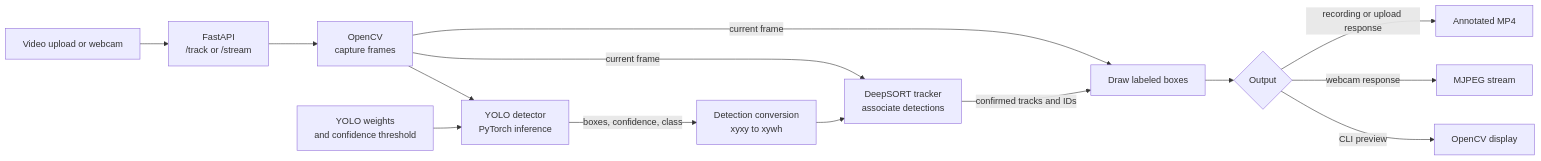
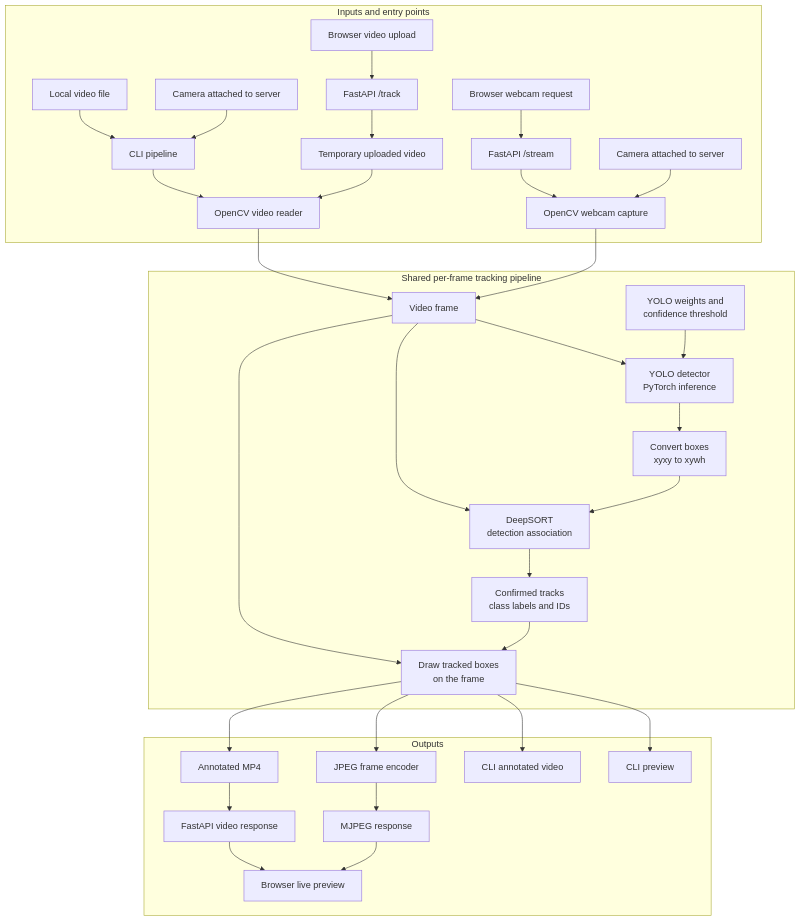
Before and after one commit to rallwins/obj_tracking: the diagram in README.md, drawn with Mermaid. The commit also changed other lines of this file, not shown here.

Commit message:
Correct README architecture diagram

````diff
--- a/README.md
+++ b/README.md
@@ -17,16 +17,38 @@
 ```mermaid
-flowchart LR
-    A["Video upload or webcam"] --> S["FastAPI<br/>/track or /stream"]
-    S --> B["OpenCV<br/>capture frames"]
-    B --> C["YOLO detector<br/>PyTorch inference"]
-    W["YOLO weights<br/>and confidence threshold"] --> C
-    C -->|boxes, confidence, class| D["Detection conversion<br/>xyxy to xywh"]
-    D --> E["DeepSORT tracker<br/>associate detections"]
-    B -->|current frame| E
-    E -->|confirmed tracks and IDs| F["Draw labeled boxes"]
-    B -->|current frame| F
-    F --> G{"Output"}
-    G -->|CLI preview| H["OpenCV display"]
-    G -->|webcam response| J["MJPEG stream"]
-    G -->|recording or upload response| I["Annotated MP4"]
+flowchart TB
+    subgraph Inputs["Inputs and entry points"]
+        V["Local video file"] --> CLI["CLI pipeline"]
+        C["Camera attached to server"] --> CLI
+        U["Browser video upload"] --> API["FastAPI /track"]
+        API --> TMP["Temporary uploaded video"]
+        TMP --> READER["OpenCV video reader"]
+        BREQ["Browser webcam request"] --> STREAM["FastAPI /stream"]
+        WC["Camera attached to server"] --> CAM["OpenCV webcam capture"]
+        STREAM --> CAM
+        CLI --> READER
+    end
+
+    subgraph Tracking["Shared per-frame tracking pipeline"]
+        READER --> FRAME["Video frame"]
+        CAM --> FRAME
+        FRAME --> YOLO["YOLO detector<br/>PyTorch inference"]
+        WEIGHTS["YOLO weights and<br/>confidence threshold"] --> YOLO
+        YOLO --> DET["Convert boxes<br/>xyxy to xywh"]
+        DET --> SORT["DeepSORT<br/>detection association"]
+        FRAME --> SORT
+        SORT --> TRACKS["Confirmed tracks<br/>class labels and IDs"]
+        TRACKS --> DRAW["Draw tracked boxes<br/>on the frame"]
+        FRAME --> DRAW
+    end
+
+    subgraph Outputs["Outputs"]
+        DRAW --> PREVIEW["CLI preview"]
+        DRAW --> SAVE["CLI annotated video"]
+        DRAW --> ENCODE["JPEG frame encoder"]
+        ENCODE --> MJPEG["MJPEG response"]
+        MJPEG --> BROWSER["Browser live preview"]
+        DRAW --> MP4["Annotated MP4"]
+        MP4 --> DOWNLOAD["FastAPI video response"]
+        DOWNLOAD --> BROWSER
+    end
 ```
````
